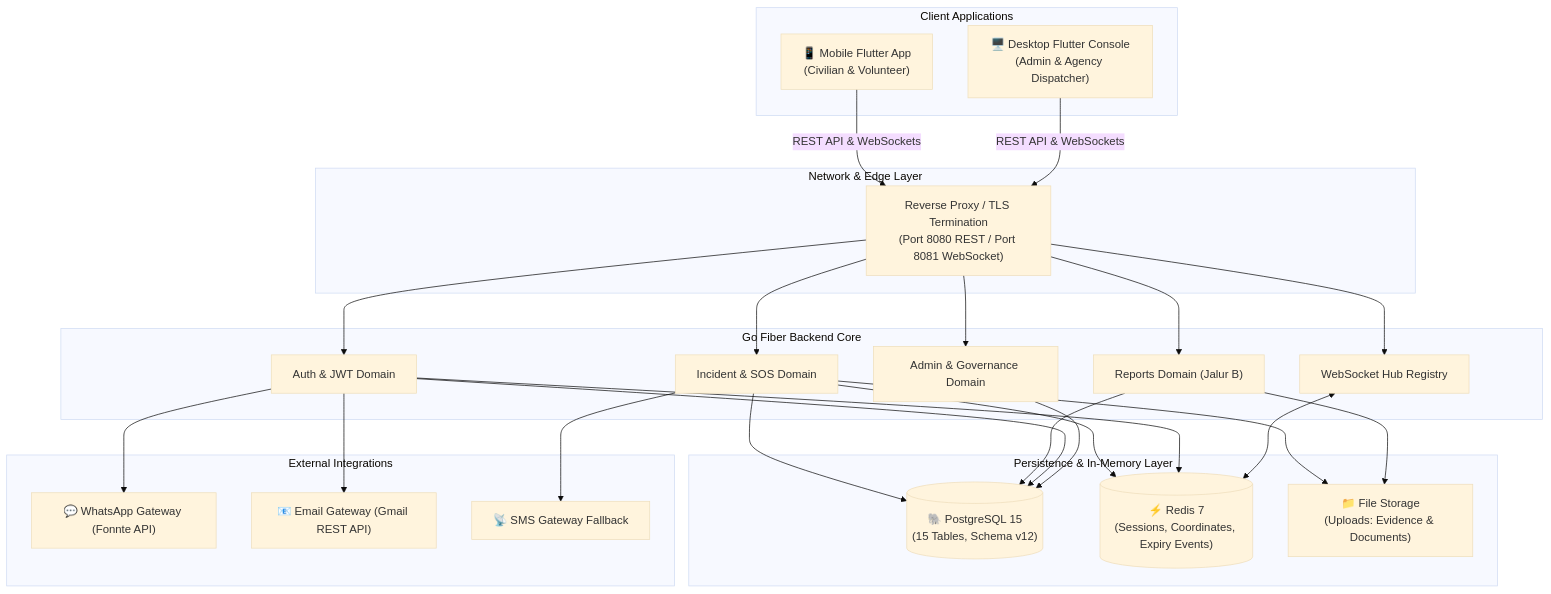
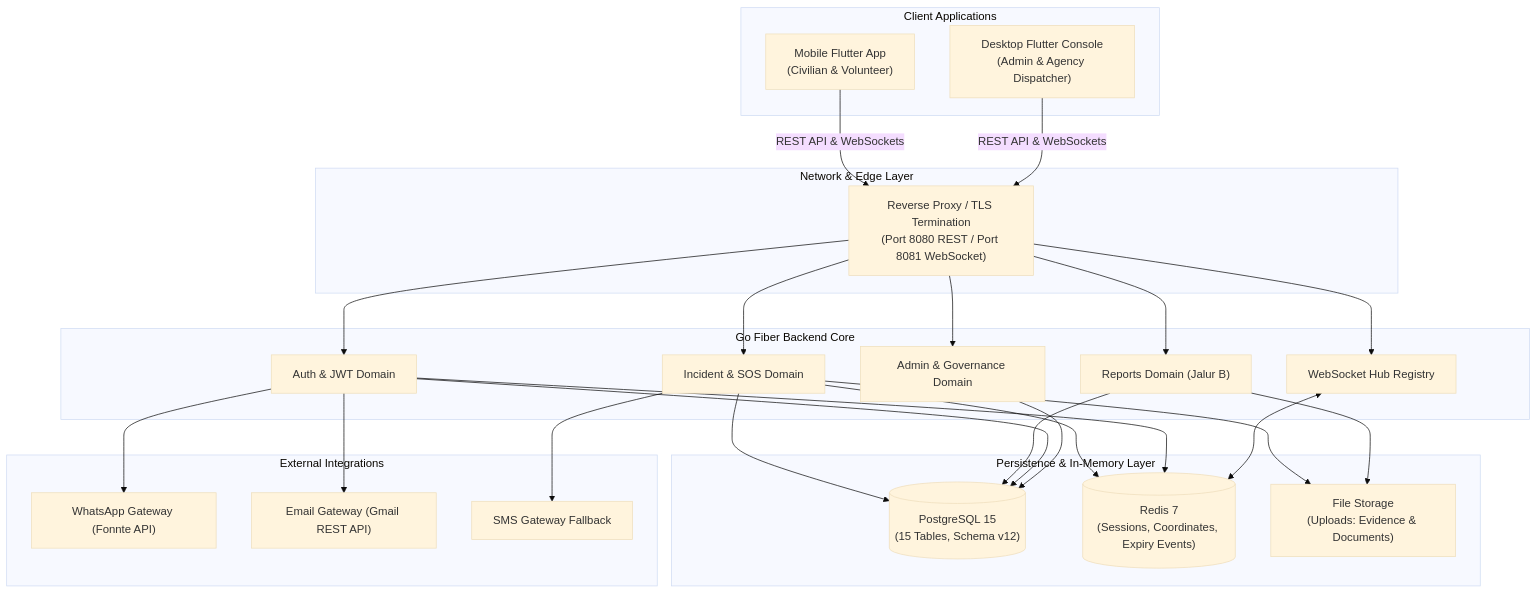
The diagram in docs/design/README.md (fadhlur-alaudin86/SiagaKita), drawn with Mermaid (base theme) before and after one commit. The commit also changed other lines of this file and 45 other files, not shown here.

````diff
--- a/docs/design/README.md
+++ b/docs/design/README.md
@@ -21,56 +21,56 @@
 ```mermaid
 flowchart TB
     subgraph Clients["Client Applications"]
-        CitizenApp["📱 Mobile Flutter App<br/>(Civilian & Volunteer)"]
-        ConsoleApp["🖥️ Desktop Flutter Console<br/>(Admin & Agency Dispatcher)"]
+        CitizenApp["Mobile Flutter App<br/>(Civilian & Volunteer)"]
+        ConsoleApp["Desktop Flutter Console<br/>(Admin & Agency Dispatcher)"]
     end
 
     subgraph Gateway["Network & Edge Layer"]
         ReverseProxy["Reverse Proxy / TLS Termination<br/>(Port 8080 REST / Port 8081 WebSocket)"]
     end
 
     subgraph Backend["Go Fiber Backend Core"]
         AuthModule["Auth & JWT Domain"]
         IncidentModule["Incident & SOS Domain"]
         ReportModule["Reports Domain (Jalur B)"]
         AdminModule["Admin & Governance Domain"]
         WSHub["WebSocket Hub Registry"]
     end
 
     subgraph Data["Persistence & In-Memory Layer"]
-        Postgres[("🐘 PostgreSQL 15<br/>(15 Tables, Schema v12)")]
-        RedisStore[("⚡ Redis 7<br/>(Sessions, Coordinates, Expiry Events)")]
-        LocalStorage["📁 File Storage<br/>(Uploads: Evidence & Documents)"]
+        Postgres[("PostgreSQL 15<br/>(15 Tables, Schema v12)")]
+        RedisStore[("Redis 7<br/>(Sessions, Coordinates, Expiry Events)")]
+        LocalStorage["File Storage<br/>(Uploads: Evidence & Documents)"]
     end
 
     subgraph External["External Integrations"]
-        FonnteAPI["💬 WhatsApp Gateway (Fonnte API)"]
-        GmailAPI["📧 Email Gateway (Gmail REST API)"]
-        SMSFallback["📡 SMS Gateway Fallback"]
+        FonnteAPI["WhatsApp Gateway (Fonnte API)"]
+        GmailAPI["Email Gateway (Gmail REST API)"]
+        SMSFallback["SMS Gateway Fallback"]
     end
 
     %% Client traffic
     CitizenApp -->|REST API & WebSockets| ReverseProxy
     ConsoleApp -->|REST API & WebSockets| ReverseProxy
     ReverseProxy --> AuthModule
     ReverseProxy --> IncidentModule
     ReverseProxy --> ReportModule
     ReverseProxy --> AdminModule
     ReverseProxy --> WSHub
 
     %% Backend to Data
     IncidentModule --> Postgres
     IncidentModule --> RedisStore
     IncidentModule --> LocalStorage
     ReportModule --> Postgres
     ReportModule --> LocalStorage
     AuthModule --> Postgres
     AuthModule --> RedisStore
     AdminModule --> Postgres
     WSHub <--> RedisStore
 
     %% External APIs
     AuthModule --> FonnteAPI
     AuthModule --> GmailAPI
     IncidentModule --> SMSFallback
 ```
````
